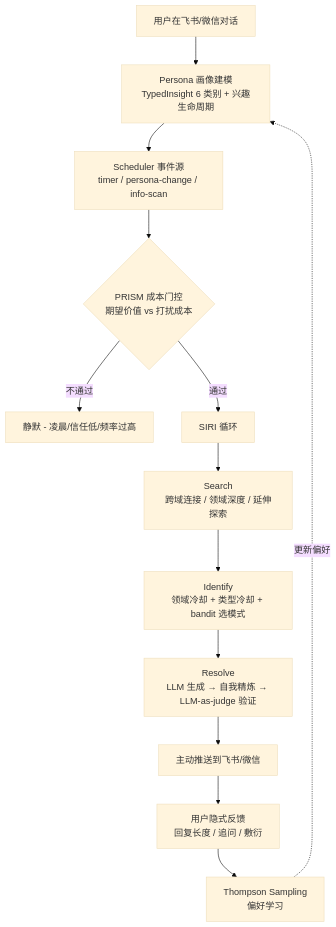
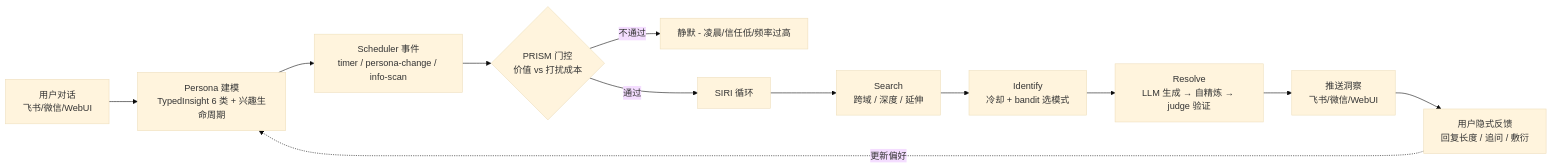
One commit to Kaiji-Z/kaijibot changed the diagram in README.md. Above: the diagram before and after it, drawn with Mermaid (base theme). The commit also changed 1 other file, not shown here.

Commit message:
docs: switch pipeline diagram to LR layout and add WebUI as delivery channel
- mermaid flowchart TD → LR for horizontal reading flow
- Insight delivery node now lists Feishu/WeChat/WebUI (was Feishu/WeChat only)
- Input node also reflects WebUI as a conversation surface
- Applied to both README.md and README.en.md

````diff
--- a/README.md
+++ b/README.md
@@ -36,15 +36,14 @@
 ```mermaid
-flowchart TD
-    U[用户在飞书/微信对话] --> P[Persona 画像建模<br/>TypedInsight 6 类别 + 兴趣生命周期]
-    P --> S[Scheduler 事件源<br/>timer / persona-change / info-scan]
-    S --> G{PRISM 成本门控<br/>期望价值 vs 打扰成本}
+flowchart LR
+    U[用户对话<br/>飞书/微信/WebUI] --> P[Persona 建模<br/>TypedInsight 6 类 + 兴趣生命周期]
+    P --> S[Scheduler 事件<br/>timer / persona-change / info-scan]
+    S --> G{PRISM 门控<br/>价值 vs 打扰成本}
     G -- 不通过 --> SKIP[静默 - 凌晨/信任低/频率过高]
     G -- 通过 --> SR[SIRI 循环]
-    SR --> SE[Search<br/>跨域连接 / 领域深度 / 延伸探索]
-    SE --> ID[Identify<br/>领域冷却 + 类型冷却 + bandit 选模式]
-    ID --> RS[Resolve<br/>LLM 生成 → 自我精炼 → LLM-as-judge 验证]
-    RS --> DL[主动推送到飞书/微信]
+    SR --> SE[Search<br/>跨域 / 深度 / 延伸]
+    SE --> ID[Identify<br/>冷却 + bandit 选模式]
+    ID --> RS[Resolve<br/>LLM 生成 → 自精炼 → judge 验证]
+    RS --> DL[推送洞察<br/>飞书/微信/WebUI]
     DL --> F[用户隐式反馈<br/>回复长度 / 追问 / 敷衍]
-    F --> TS[Thompson Sampling<br/>偏好学习]
-    TS -.更新偏好.-> P
+    F -.更新偏好.-> P
 ```
````
